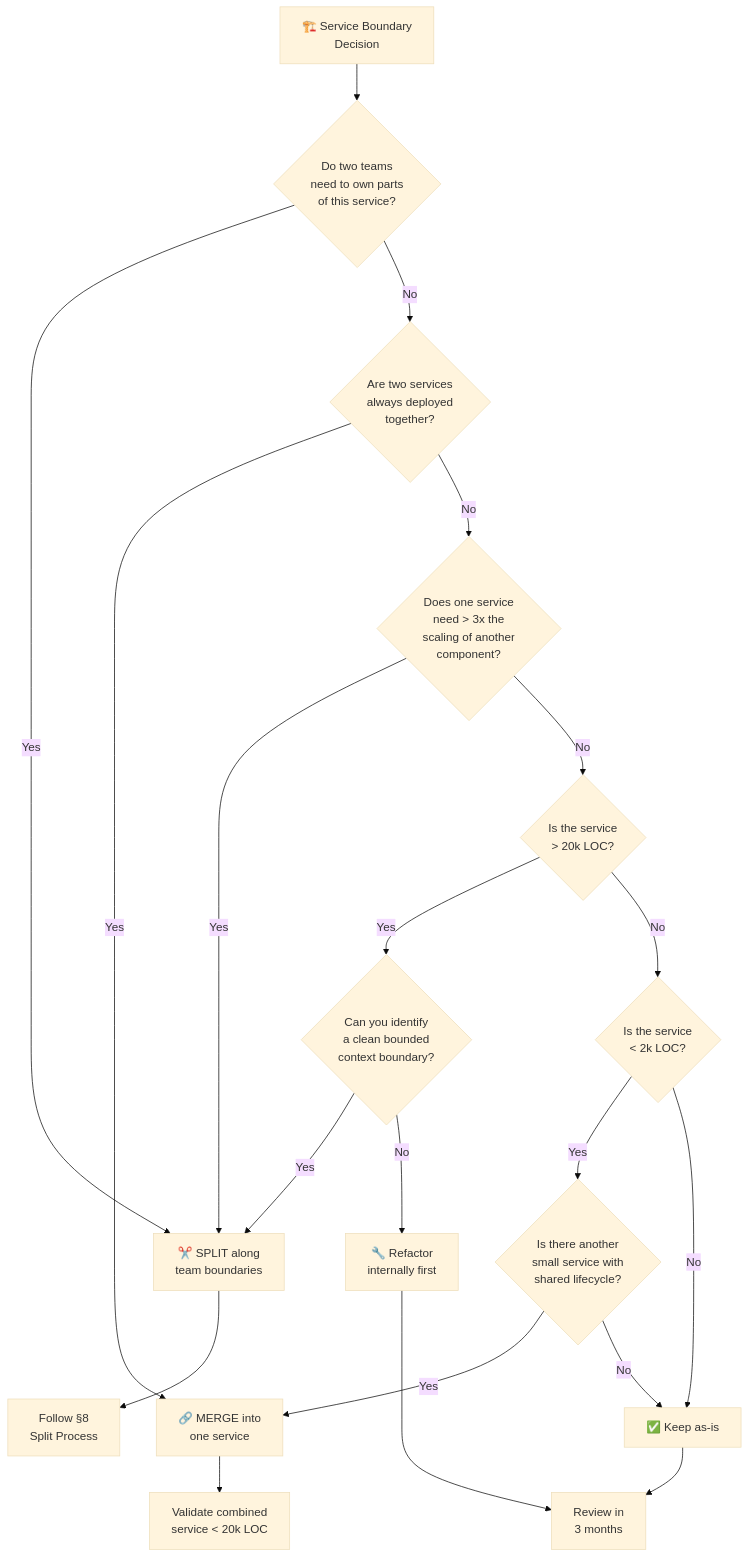
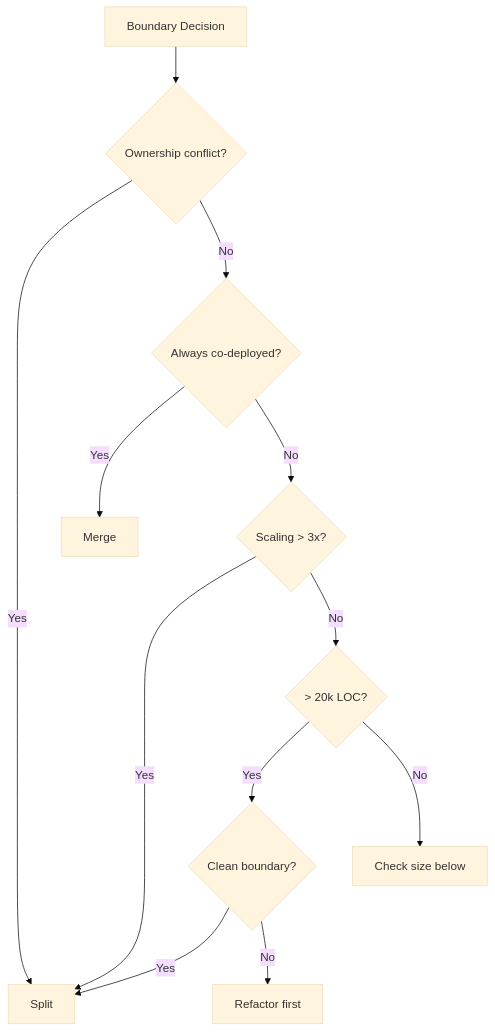
Before and after one commit to rishikeshdhokare/platform-manifesto: the sixth of 7 diagrams in 02-architecture-and-api/07-service-decomposition.md, drawn with Mermaid (base theme). The commit also changed other lines of this file and 12 other files, not shown here.

First line of the commit message:
fix: refactor Mermaid diagrams for compliance (#135)

````diff
--- a/02-architecture-and-api/07-service-decomposition.md
+++ b/02-architecture-and-api/07-service-decomposition.md
@@ -228,30 +249,14 @@
 ```mermaid
 flowchart TD
-    Start["🏗️ Service Boundary<br/>Decision"] --> Q1{"Do two teams<br/>need to own parts<br/>of this service?"}
-
-    Q1 -->|"Yes"| SPLIT["✂️ SPLIT along<br/>team boundaries"]
-    Q1 -->|"No"| Q2{"Are two services<br/>always deployed<br/>together?"}
-
-    Q2 -->|"Yes"| MERGE["🔗 MERGE into<br/>one service"]
-    Q2 -->|"No"| Q3{"Does one service<br/>need > 3x the<br/>scaling of another<br/>component?"}
-
-    Q3 -->|"Yes"| SPLIT
-    Q3 -->|"No"| Q4{"Is the service<br/>> 20k LOC?"}
-
-    Q4 -->|"Yes"| Q5{"Can you identify<br/>a clean bounded<br/>context boundary?"}
-    Q4 -->|"No"| Q6{"Is the service<br/>< 2k LOC?"}
-
-    Q5 -->|"Yes"| SPLIT
-    Q5 -->|"No"| REFACTOR["🔧 Refactor<br/>internally first"]
-
-    Q6 -->|"Yes"| Q7{"Is there another<br/>small service with<br/>shared lifecycle?"}
-    Q6 -->|"No"| KEEP["✅ Keep as-is"]
-
-    Q7 -->|"Yes"| MERGE
-    Q7 -->|"No"| KEEP
-
-    SPLIT --> PROCESS["Follow §8<br/>Split Process"]
-    MERGE --> VALIDATE["Validate combined<br/>service < 20k LOC"]
-    REFACTOR --> REVIEW["Review in<br/>3 months"]
-    KEEP --> REVIEW
+    start["Boundary Decision"] --> ownerQ{"Ownership conflict?"}
+    ownerQ -->|"Yes"| split["Split"]
+    ownerQ -->|"No"| deployQ{"Always co-deployed?"}
+    deployQ -->|"Yes"| merge["Merge"]
+    deployQ -->|"No"| scaleQ{"Scaling > 3x?"}
+    scaleQ -->|"Yes"| split
+    scaleQ -->|"No"| sizeQ{"> 20k LOC?"}
+    sizeQ -->|"Yes"| boundaryQ{"Clean boundary?"}
+    boundaryQ -->|"Yes"| split
+    boundaryQ -->|"No"| refactor["Refactor first"]
+    sizeQ -->|"No"| sizeCheck["Check size below"]
 ```
````
